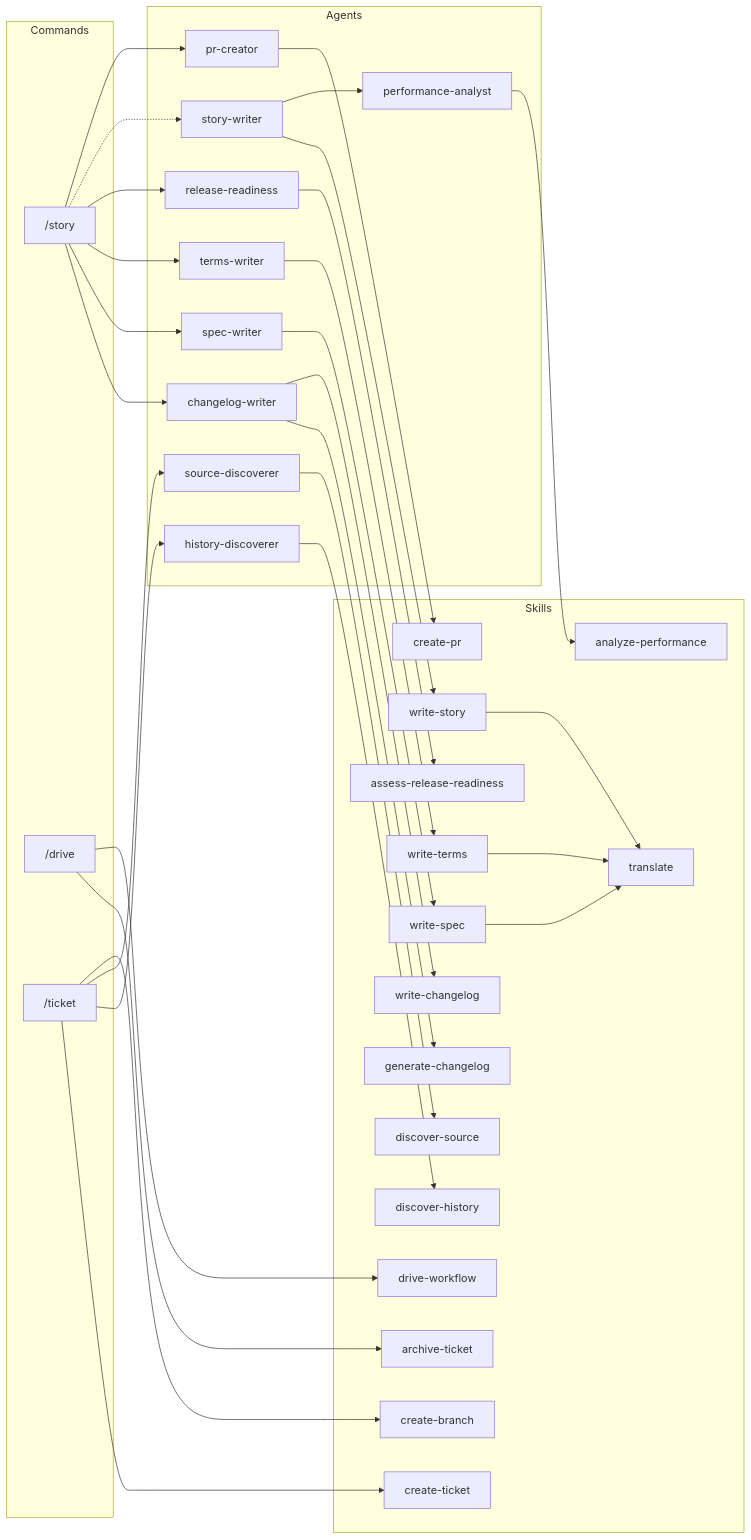
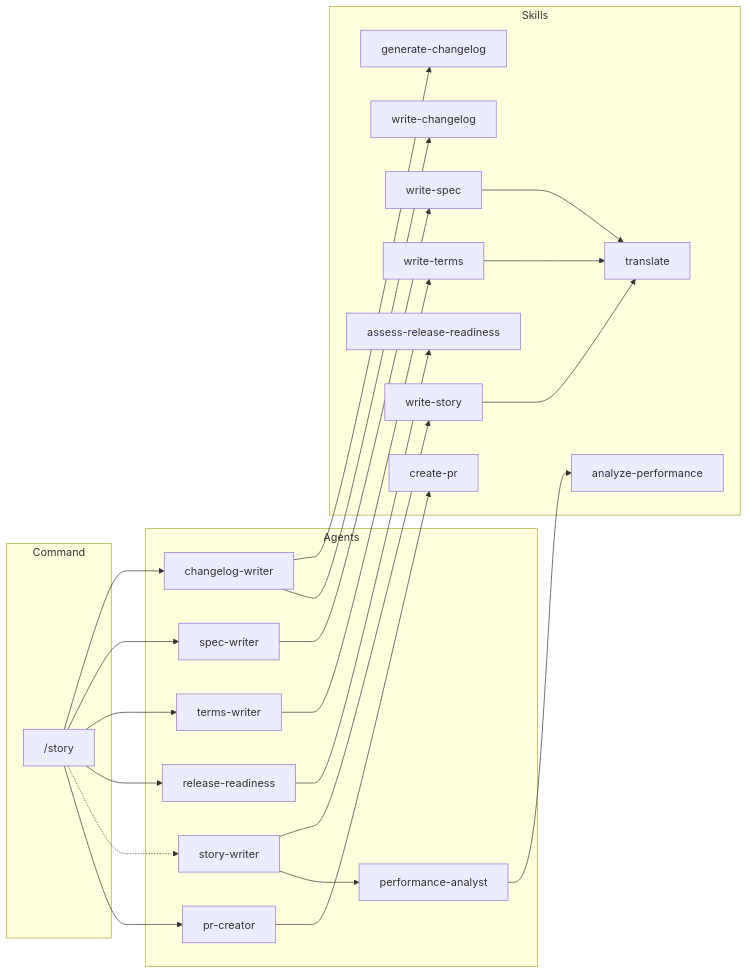
One commit to qmu/workaholic changed the fourth of 6 diagrams in .workaholic/specs/architecture.md. Above: the diagram before and after it, drawn with Mermaid. The commit also changed other lines of this file and 2 other files, not shown here.

First line of the commit message:
Split dependency graph into per-command diagrams

````diff
--- a/.workaholic/specs/architecture.md
+++ b/.workaholic/specs/architecture.md
@@ -156,61 +207,45 @@
 ```mermaid
 flowchart LR
-    subgraph Commands
+    subgraph Command
         story["/story"]
-        drive["/drive"]
-        ticket["/ticket"]
     end
 
     subgraph Agents
         cw[changelog-writer]
-        sw[story-writer]
         spw[spec-writer]
         tw[terms-writer]
-        hd[history-discoverer]
-        sd[source-discoverer]
+        rr[release-readiness]
+        sw[story-writer]
         pc[pr-creator]
         pa[performance-analyst]
-        rr[release-readiness]
     end
 
     subgraph Skills
-        at[archive-ticket]
         gc[generate-changelog]
-        cb[create-branch]
-        ct[create-ticket]
-        dh[discover-history]
-        ds[discover-source]
-        dw[drive-workflow]
-        tr[translate]
-        ws[write-story]
+        wc[write-changelog]
         wsp[write-spec]
         wt[write-terms]
-        wc[write-changelog]
+        arr[assess-release-readiness]
+        ws[write-story]
+        tr[translate]
+        ap[analyze-performance]
         cp[create-pr]
-        ap[analyze-performance]
-        arr[assess-release-readiness]
     end
 
     story --> cw & spw & tw & rr
     story -.-> sw
     story --> pc
-    drive --> at & dw
-    ticket --> ct & hd & sd
-    ticket --> cb
 
-    hd --> dh
-    sd --> ds
     cw --> gc & wc
-    sw --> ws
-    sw --> pa
     spw --> wsp
     tw --> wt
+    rr --> arr
+    sw --> ws & pa
     pc --> cp
     pa --> ap
-    rr --> arr
 
-    %% Skill-to-skill dependencies
+    %% Skill-to-skill
     ws --> tr
     wsp --> tr
     wt --> tr
 ```
````
